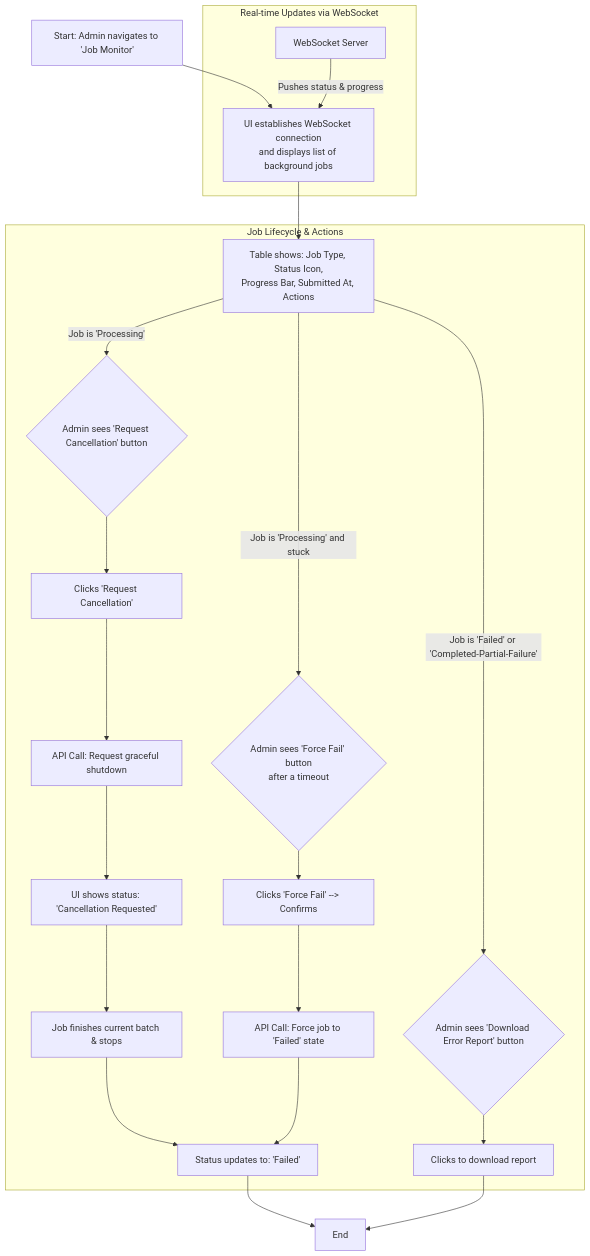
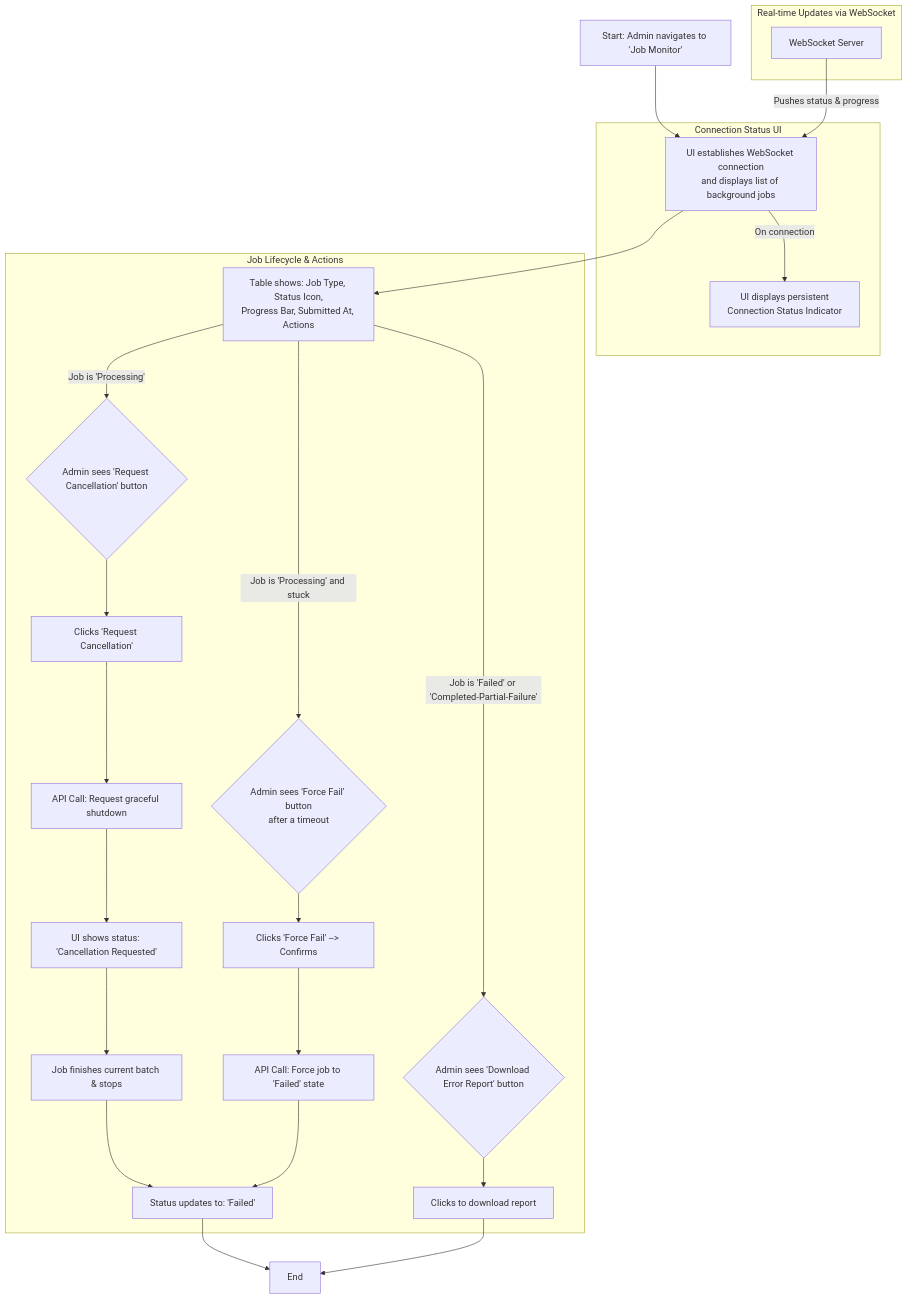
One commit to HunterKart/proficiency-faculty-evaluation changed diagram 15 of 19 in docs/front-end-spec.md. Above: the diagram before and after it, drawn with Mermaid. The commit also changed other lines of this file and 1 other file, not shown here.

Commit message:
Added new attribute to BackgroundTask model and UI/UX Specifications for WebSocket disconnection/reconnection
Upon found potential issues or risks regarding background tasks, changes were made to the architecture and front-end-spec.

````diff
--- a/docs/front-end-spec.md
+++ b/docs/front-end-spec.md
@@ -727,29 +728,34 @@
 ```mermaid
 flowchart TD
     A[Start: Admin navigates to 'Job Monitor'] --> B["UI establishes WebSocket connection<br/>and displays list of background jobs"];
     B --> C["Table shows: Job Type, Status Icon,<br/>Progress Bar, Submitted At, Actions"];
+
+    subgraph "Connection Status UI"
+        Conn_Indicator["UI displays persistent<br/>Connection Status Indicator"];
+        B -- "On connection" --> Conn_Indicator;
+    end
 
     subgraph "Real-time Updates via WebSocket"
         WebSocket["WebSocket Server"] -- "Pushes status & progress" --> B;
     end
 
     subgraph "Job Lifecycle & Actions"
         C -- "Job is 'Processing'" --> D{Admin sees 'Request Cancellation' button};
         D --> E[Clicks 'Request Cancellation'];
         E --> F[API Call: Request graceful shutdown];
         F --> G["UI shows status: 'Cancellation Requested'"];
         G --> H["Job finishes current batch & stops"];
         H --> I["Status updates to: 'Failed'"];
 
         C -- "Job is 'Failed' or 'Completed-Partial-Failure'" --> J{Admin sees 'Download Error Report' button};
         J --> K[Clicks to download report];
 
         C -- "Job is 'Processing' and stuck" --> L{Admin sees 'Force Fail' button<br/>after a timeout};
         L --> M[Clicks 'Force Fail' --> Confirms];
         M --> N[API Call: Force job to 'Failed' state];
         N --> I;
     end
 
     I --> Z[End];
     K --> Z;
 ```
````
